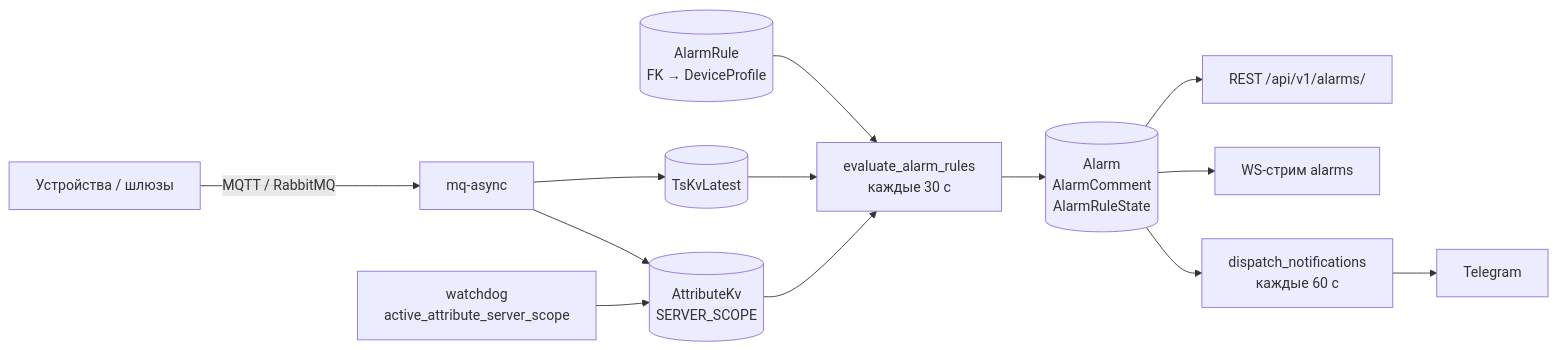
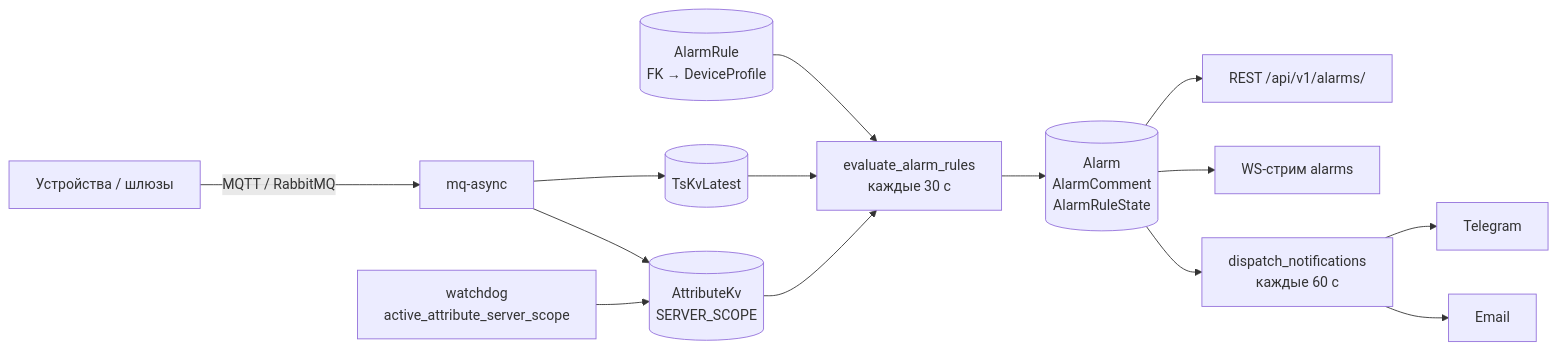
The first of 2 diagrams in docs/alarms.md (bt-roomio/GRMS), drawn with Mermaid before and after one commit. The commit also changed other lines of this file and 20 other files, not shown here.

````diff
--- a/docs/alarms.md
+++ b/docs/alarms.md
@@ -47,14 +47,15 @@
 ```mermaid
 flowchart LR
     DEV[Устройства / шлюзы] -->|MQTT / RabbitMQ| MQ[mq-async]
     MQ --> LATEST[(TsKvLatest)]
     MQ --> ATTR[(AttributeKv<br/>SERVER_SCOPE)]
     WD[watchdog<br/>active_attribute_server_scope] --> ATTR
     RULES[(AlarmRule<br/>FK → DeviceProfile)] --> EVAL
     LATEST --> EVAL[evaluate_alarm_rules<br/>каждые 30 с]
     ATTR --> EVAL
     EVAL --> ALARM[(Alarm<br/>AlarmComment<br/>AlarmRuleState)]
     ALARM --> REST[REST /api/v1/alarms/]
     ALARM --> WS[WS-стрим alarms]
     ALARM --> DISP[dispatch_notifications<br/>каждые 60 с] --> TG[Telegram]
+    DISP --> MAIL[Email]
 ```
````
